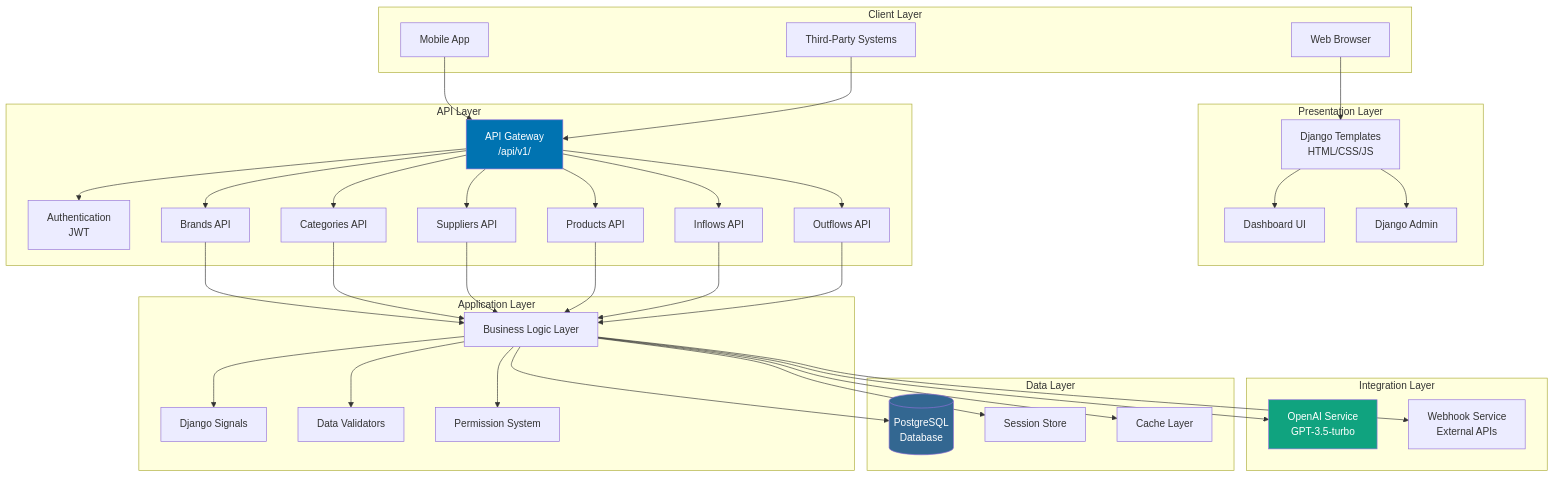
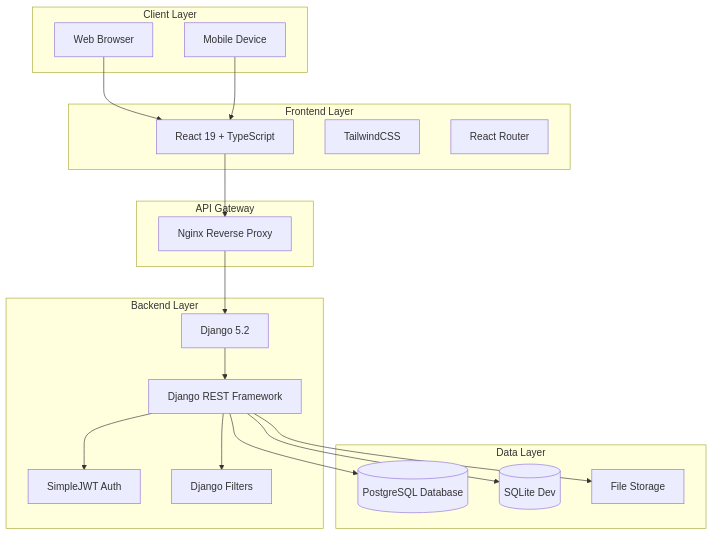
Before and after one commit to GabrielDLobo/01-PortalRH: the second of 18 diagrams in docs/system-modeling.md, drawn with Mermaid. The commit also changed other lines of this file and 60 other files, not shown here.

````diff
--- a/docs/system-modeling.md
+++ b/docs/system-modeling.md
@@ -121,80 +43,41 @@
 ```mermaid
 graph TB
     subgraph Client Layer
         Browser[Web Browser]
-        Mobile[Mobile App]
-        ThirdParty[Third-Party Systems]
+        Mobile[Mobile Device]
     end
     
-    subgraph Presentation Layer
-        DjangoTemplates[Django Templates<br/>HTML/CSS/JS]
-        Dashboard[Dashboard UI]
-        Admin[Django Admin]
+    subgraph Frontend Layer
+        React[React 19 + TypeScript]
+        Tailwind[TailwindCSS]
+        Router[React Router]
     end
     
-    subgraph API Layer
-        APIGateway[API Gateway<br/>/api/v1/]
-        Auth[Authentication<br/>JWT]
-        BrandsAPI[Brands API]
-        CategoriesAPI[Categories API]
-        SuppliersAPI[Suppliers API]
-        ProductsAPI[Products API]
-        InflowsAPI[Inflows API]
-        OutflowsAPI[Outflows API]
+    subgraph API Gateway
+        Nginx[Nginx Reverse Proxy]
     end
     
-    subgraph Application Layer
-        BusinessLogic[Business Logic Layer]
-        Signals[Django Signals]
-        Validators[Data Validators]
-        Permissions[Permission System]
-    end
-    
-    subgraph Integration Layer
-        OpenAI[OpenAI Service<br/>GPT-3.5-turbo]
-        Webhooks[Webhook Service<br/>External APIs]
+    subgraph Backend Layer
+        Django[Django 5.2]
+        DRF[Django REST Framework]
+        JWT[SimpleJWT Auth]
+        Filters[Django Filters]
     end
     
     subgraph Data Layer
-        PostgreSQL[(PostgreSQL<br/>Database)]
-        Sessions[Session Store]
-        Cache[Cache Layer]
+        PostgreSQL[(PostgreSQL Database)]
+        SQLite[(SQLite Dev)]
+        Media[File Storage]
     end
     
-    Browser --> DjangoTemplates
-    Mobile --> APIGateway
-    ThirdParty --> APIGateway
-    
-    DjangoTemplates --> Dashboard
-    DjangoTemplates --> Admin
-    
-    APIGateway --> Auth
-    APIGateway --> BrandsAPI
-    APIGateway --> CategoriesAPI
-    APIGateway --> SuppliersAPI
-    APIGateway --> ProductsAPI
-    APIGateway --> InflowsAPI
-    APIGateway --> OutflowsAPI
-    
-    BrandsAPI --> BusinessLogic
-    CategoriesAPI --> BusinessLogic
-    SuppliersAPI --> BusinessLogic
-    ProductsAPI --> BusinessLogic
-    InflowsAPI --> BusinessLogic
-    OutflowsAPI --> BusinessLogic
-    
-    BusinessLogic --> Signals
-    BusinessLogic --> Validators
-    BusinessLogic --> Permissions
-    
-    BusinessLogic --> OpenAI
-    BusinessLogic --> Webhooks
-    
-    BusinessLogic --> PostgreSQL
-    BusinessLogic --> Sessions
-    BusinessLogic --> Cache
-    
-    style PostgreSQL fill:#336791,color:#fff
-    style OpenAI fill:#10a37f,color:#fff
-    style APIGateway fill:#0073b1,color:#fff
+    Browser --> React
+    Mobile --> React
+    React --> Nginx
+    Nginx --> Django
+    Django --> DRF
+    DRF --> JWT
+    DRF --> Filters
+    DRF --> PostgreSQL
+    DRF --> SQLite
+    DRF --> Media
 ```
````
